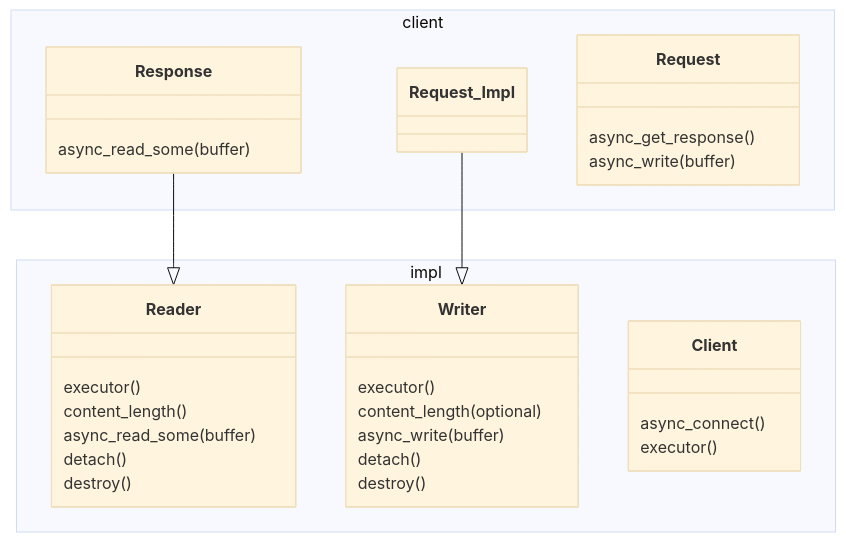
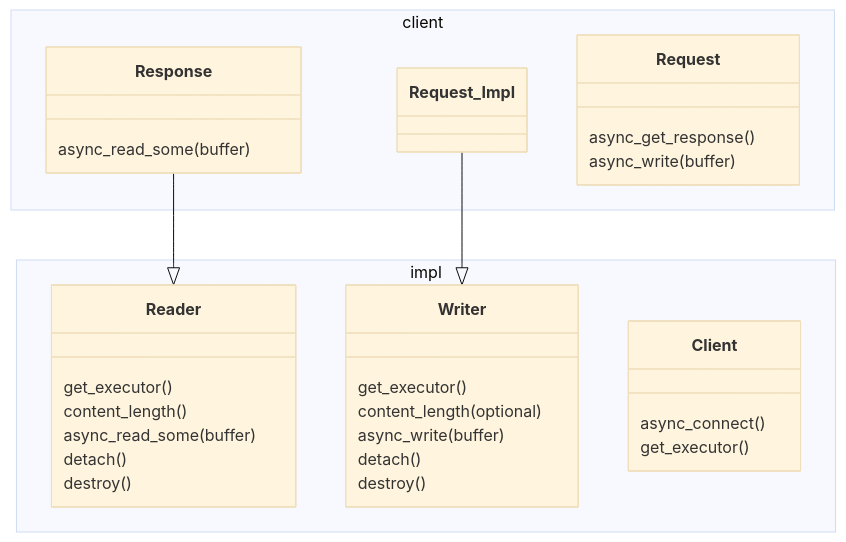
The diagram in README.md (pgit/anyhttp), drawn with Mermaid (base theme) before and after one commit. The commit also changed 22 other files, not shown here.

Commit message:
start adding cancellation. executor() -> get_executor() to support cancel_after

````diff
--- a/README.md
+++ b/README.md
@@ -55,43 +55,43 @@
 ```mermaid
 classDiagram
 
 Response --|> Reader
 Request_Impl --|> Writer
 
 namespace client {
    class Response {
       async_read_some(buffer)
    }
    class Request {
       async_get_response()
       async_write(buffer)
    }
    class Client {
       async_connect()
    }
 
    class Request_Impl {
 
    }
 }
 
 namespace impl {
    class Reader {
-      executor()
+      get_executor()
       content_length()
       async_read_some(buffer)
       detach()
       destroy()
    }
    class Writer {
-      executor()
+      get_executor()
       content_length(optional<size_t>)
       async_write(buffer)
       detach()
       destroy()
    }
    class Client {
-      executor()
+      get_executor()
    }
 }
 ```
````
